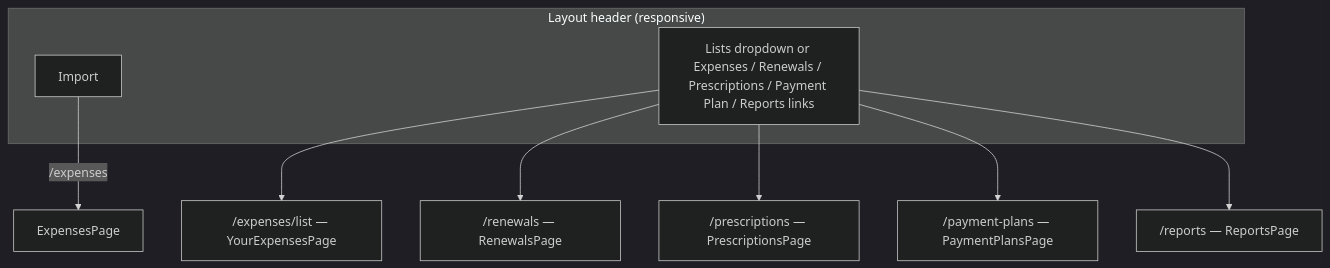
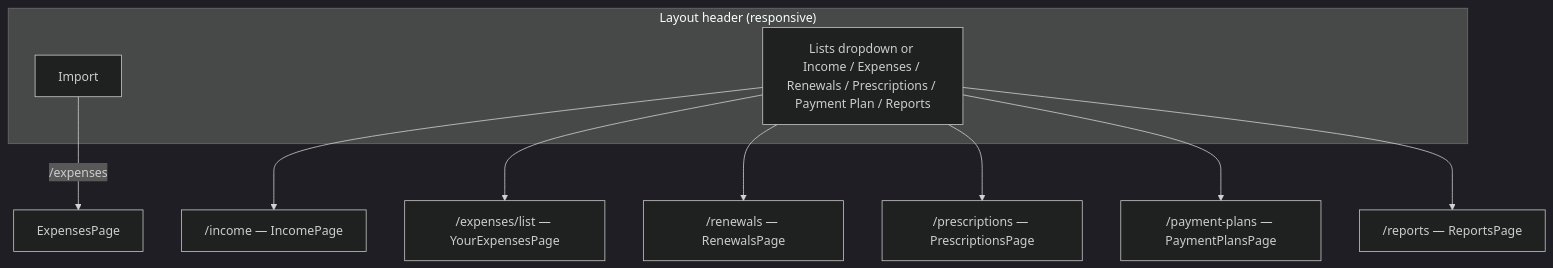
One commit to becomeonewiththecode/expense_tracker changed the seventh of 20 diagrams in docs/ARCHITECTURE_DIAGRAM.md. Above: the diagram before and after it, drawn with Mermaid (dark theme). The commit also changed other lines of this file and 59 other files, not shown here.

````diff
--- a/docs/ARCHITECTURE_DIAGRAM.md
+++ b/docs/ARCHITECTURE_DIAGRAM.md
@@ -271,13 +287,14 @@
 ```mermaid
 flowchart TB
   subgraph hdr ["Layout header (responsive)"]
     IMP[Import]
-    NAV["Lists dropdown or Expenses / Renewals / Prescriptions / Payment Plan / Reports links"]
+    NAV["Lists dropdown or Income / Expenses / Renewals / Prescriptions / Payment Plan / Reports"]
   end
   IMP -->|"/expenses"| EPn[ExpensesPage]
+  NAV --> L0["/income — IncomePage"]
   NAV --> L1["/expenses/list — YourExpensesPage"]
   NAV --> L2["/renewals — RenewalsPage"]
   NAV --> L3["/prescriptions — PrescriptionsPage"]
   NAV --> L4["/payment-plans — PaymentPlansPage"]
   NAV --> L5["/reports — ReportsPage"]
 ```
````
